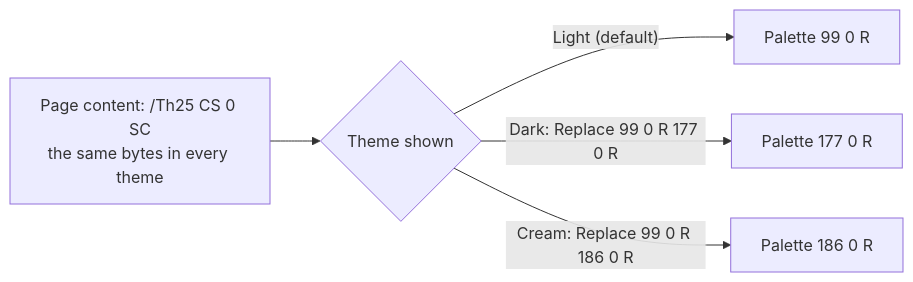
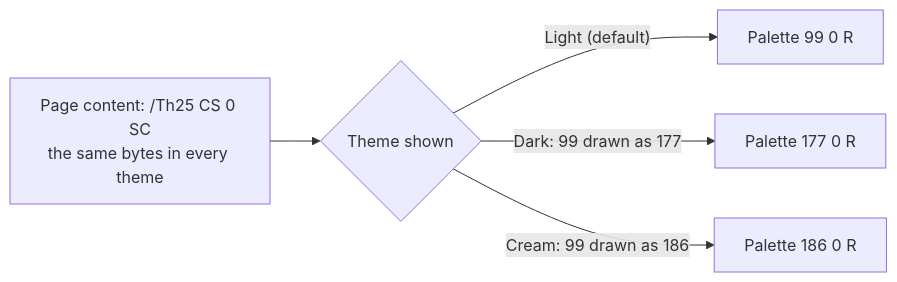
The diagram in SPEC.md (Thenewmanator15/pdf-themes), drawn with Mermaid before and after one commit.

Commit message:
Shorten the diagram's labels

````diff
--- a/SPEC.md
+++ b/SPEC.md
@@ -54,7 +54,7 @@
 ```mermaid
 flowchart LR
     page["Page content: /Th25 CS 0 SC<br/>the same bytes in every theme"] --> shown{"Theme shown"}
     shown -->|"Light (default)"| p99["Palette 99 0 R"]
-    shown -->|"Dark: Replace 99 0 R 177 0 R"| p177["Palette 177 0 R"]
-    shown -->|"Cream: Replace 99 0 R 186 0 R"| p186["Palette 186 0 R"]
+    shown -->|"Dark: 99 drawn as 177"| p177["Palette 177 0 R"]
+    shown -->|"Cream: 99 drawn as 186"| p186["Palette 186 0 R"]
 ```
````
